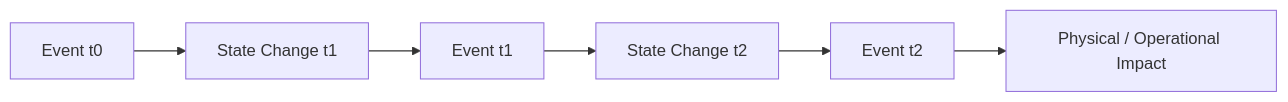
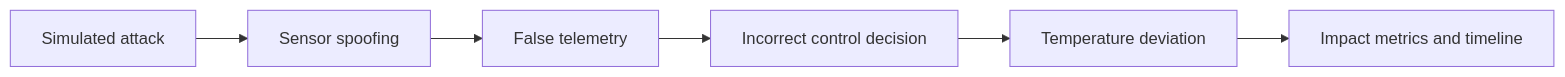
Before and after one commit to Anushree401/DT-CyberTwin: the second of 2 diagrams in README.md, drawn with Mermaid. The commit also changed other lines of this file and 102 other files, not shown here.

````diff
--- a/README.md
+++ b/README.md
@@ -423,9 +17,8 @@
 ```mermaid
 flowchart LR
-
-    A[Event t0] --> B[State Change t1]
-    B --> C[Event t1]
-    C --> D[State Change t2]
-    D --> E[Event t2]
-    E --> F[Physical / Operational Impact]
+    A[Simulated attack] --> B[Sensor spoofing]
+    B --> C[False telemetry]
+    C --> D[Incorrect control decision]
+    D --> E[Temperature deviation]
+    E --> F[Impact metrics and timeline]
 ```
````
